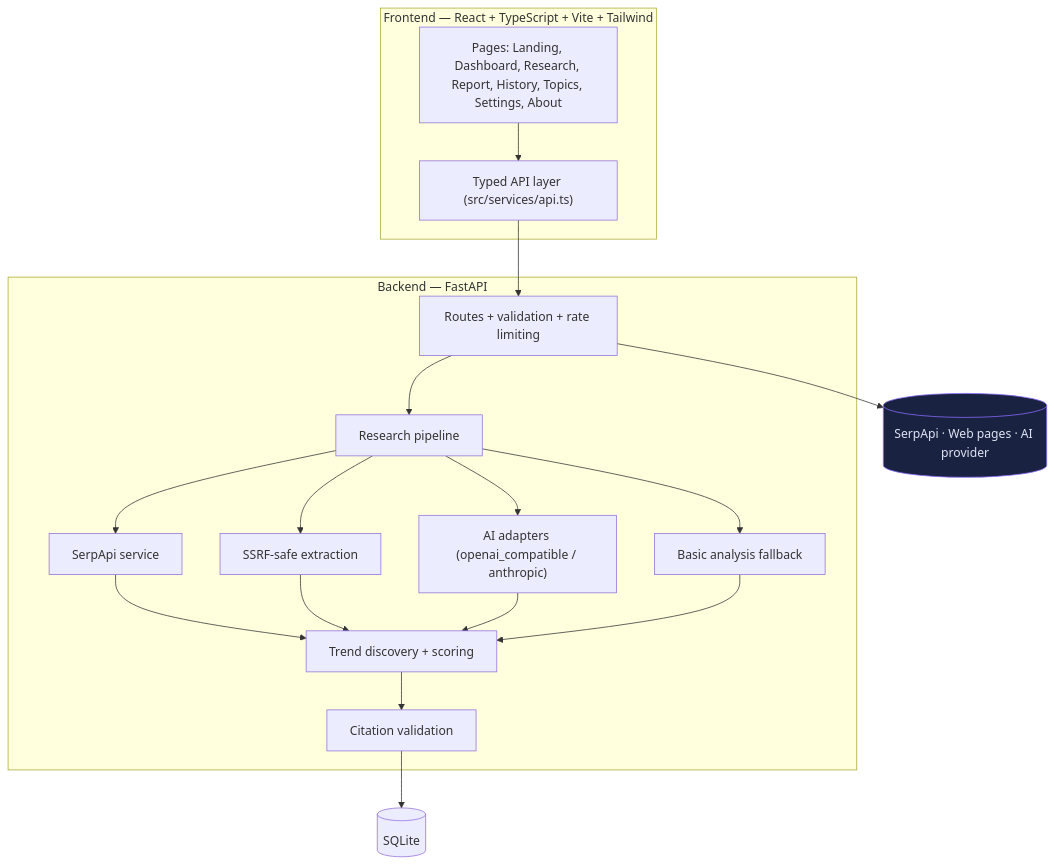
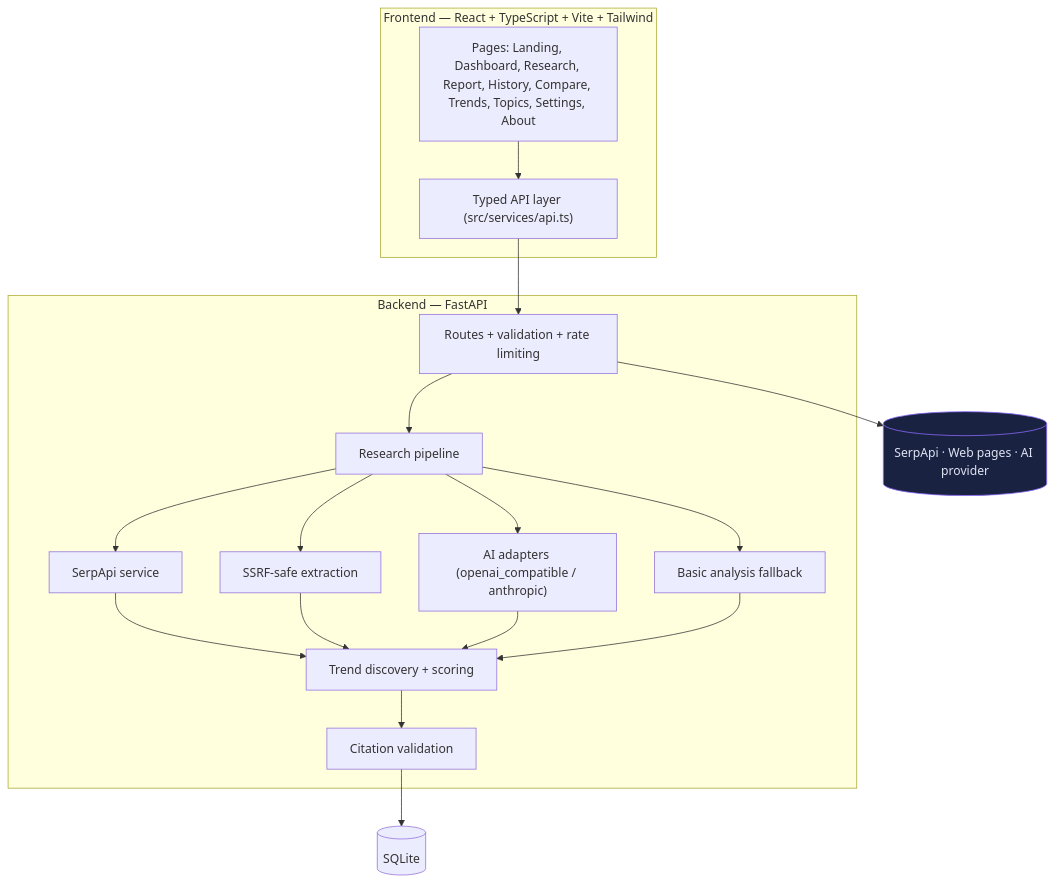
One commit to arradanaganesan-ai/TrendMind-AI changed the diagram in README.md. Above: the diagram before and after it, drawn with Mermaid. The commit also changed other lines of this file and 58 other files, not shown here.

````diff
--- a/README.md
+++ b/README.md
@@ -88,24 +125,24 @@
 ```mermaid
 flowchart TD
     subgraph FE["Frontend — React + TypeScript + Vite + Tailwind"]
-        P["Pages: Landing, Dashboard, Research, Report, History, Topics, Settings, About"]
+        P["Pages: Landing, Dashboard, Research, Report, History, Compare, Trends, Topics, Settings, About"]
         API["Typed API layer (src/services/api.ts)"]
     end
     subgraph BE["Backend — FastAPI"]
         R["Routes + validation + rate limiting"]
         PIPE["Research pipeline"]
         S["SerpApi service"]
         X["SSRF-safe extraction"]
         A["AI adapters (openai_compatible / anthropic)"]
         B["Basic analysis fallback"]
         T["Trend discovery + scoring"]
         V["Citation validation"]
     end
     DB[("SQLite")]
     EXT[("SerpApi · Web pages · AI provider")]:::ext
 
     P --> API --> R --> PIPE
     PIPE --> S & X & A & B --> T --> V --> DB
     R --> EXT
     classDef ext fill:#1a2242,stroke:#8b6cff,color:#dde3f2
 ```
````
